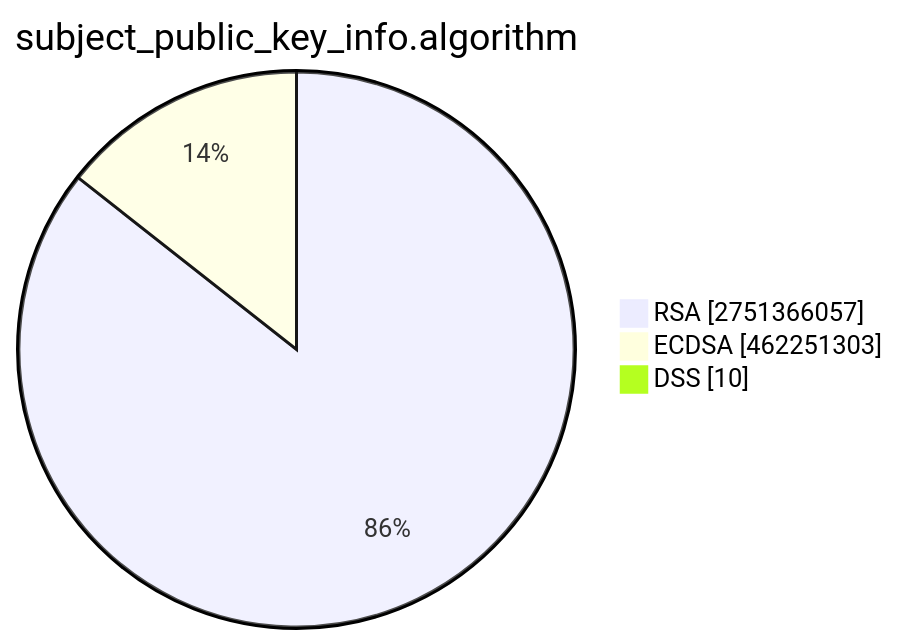
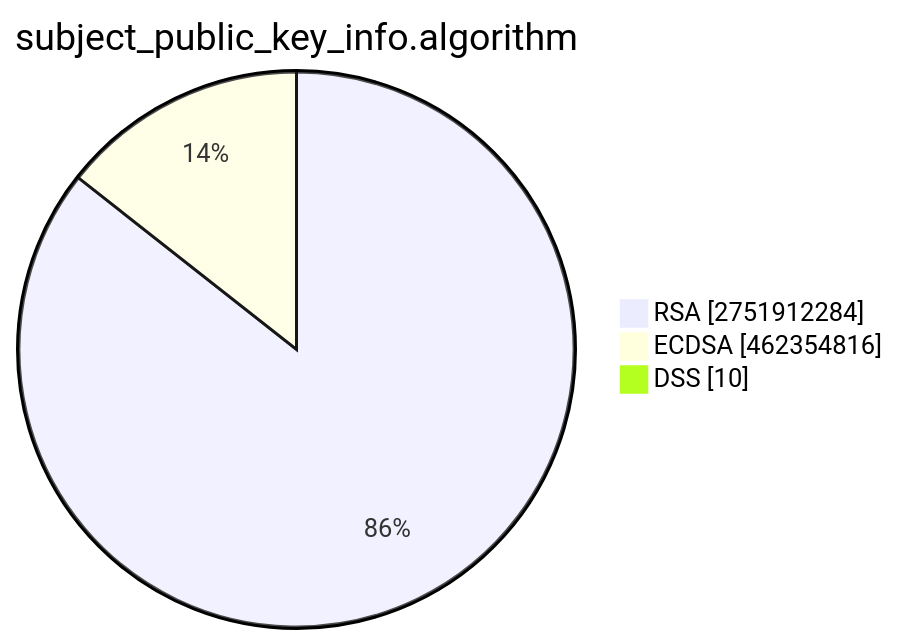
The second of 15 diagrams in TOTAL/README.md (christiankrug/ctmonitor_visualization), drawn with Mermaid before and after one commit. The commit also changed other lines of this file, not shown here.

````diff
--- a/TOTAL/README.md
+++ b/TOTAL/README.md
@@ -6,7 +6,7 @@
 ```mermaid
 pie showData
 title subject_public_key_info.algorithm
-"RSA" :2751366057
-"ECDSA" :462251303
+"RSA" :2751912284
+"ECDSA" :462354816
 "DSS" :10
 ```
````
